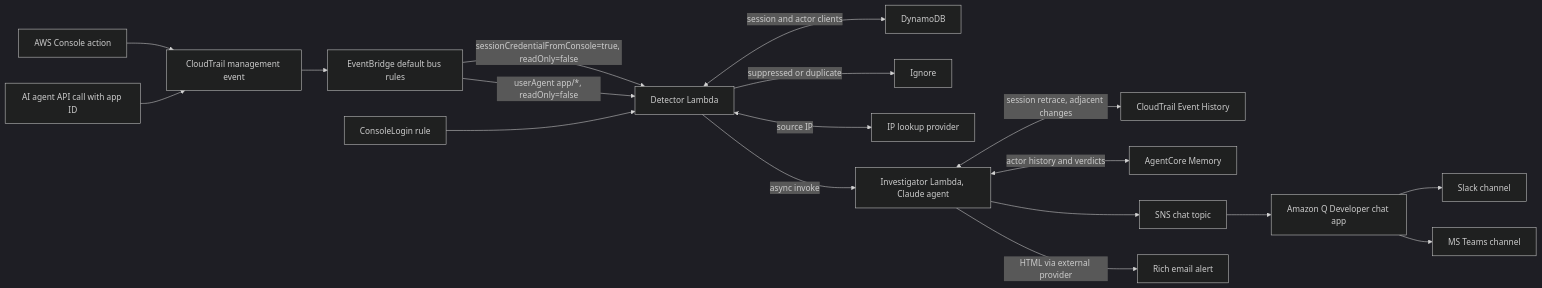
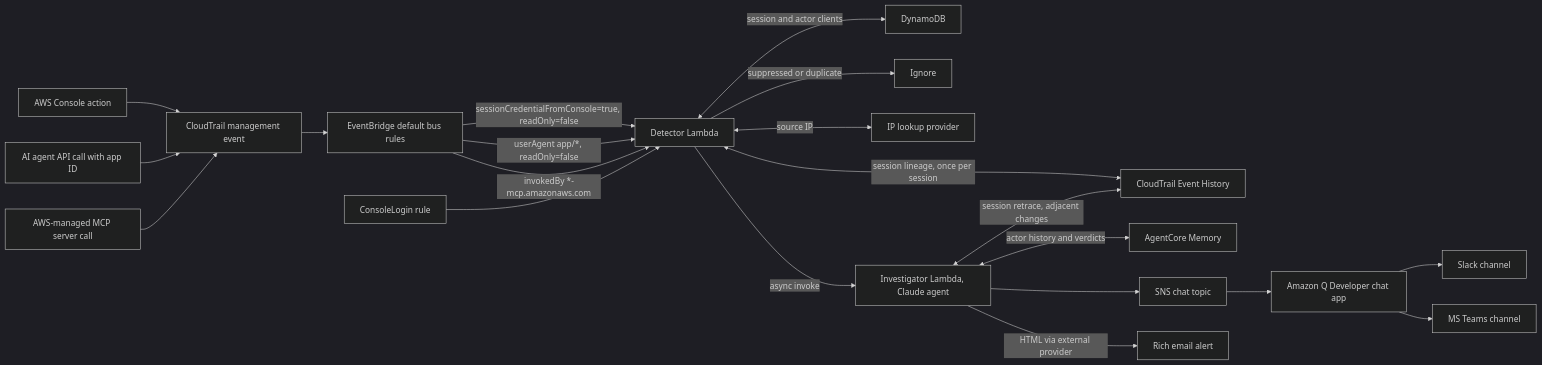
The diagram in README.md (zoph-io/clickops-sentinel), drawn with Mermaid (dark theme) before and after one commit. The commit also changed other lines of this file and 27 other files, not shown here.

````diff
--- a/README.md
+++ b/README.md
@@ -155,20 +160,23 @@
 ```mermaid
 flowchart LR
     Console[AWS Console action] --> CT[CloudTrail management event]
     Agent[AI agent API call with app ID] --> CT
+    MCP[AWS-managed MCP server call] --> CT
     CT --> EB[EventBridge default bus rules]
     EB -->|"sessionCredentialFromConsole=true, readOnly=false"| DET[Detector Lambda]
     EB -->|"userAgent app/*, readOnly=false"| DET
+    EB -->|"invokedBy *-mcp.amazonaws.com"| DET
     DET <-->|session and actor clients| DDB[DynamoDB]
+    DET <-->|session lineage, once per session| CTH
     DET -->|suppressed or duplicate| Drop[Ignore]
     DET <-->|source IP| IPI[IP lookup provider]
     DET -->|async invoke| INV[Investigator Lambda, Claude agent]
     INV <-->|session retrace, adjacent changes| CTH[CloudTrail Event History]
     INV <-->|actor history and verdicts| MEM[AgentCore Memory]
     INV --> SNSQ[SNS chat topic]
     SNSQ --> QDev[Amazon Q Developer chat app]
     QDev --> Slack[Slack channel]
     QDev --> Teams[MS Teams channel]
     INV -->|HTML via external provider| Email[Rich email alert]
     EB2[ConsoleLogin rule] --> DET
 ```
````
